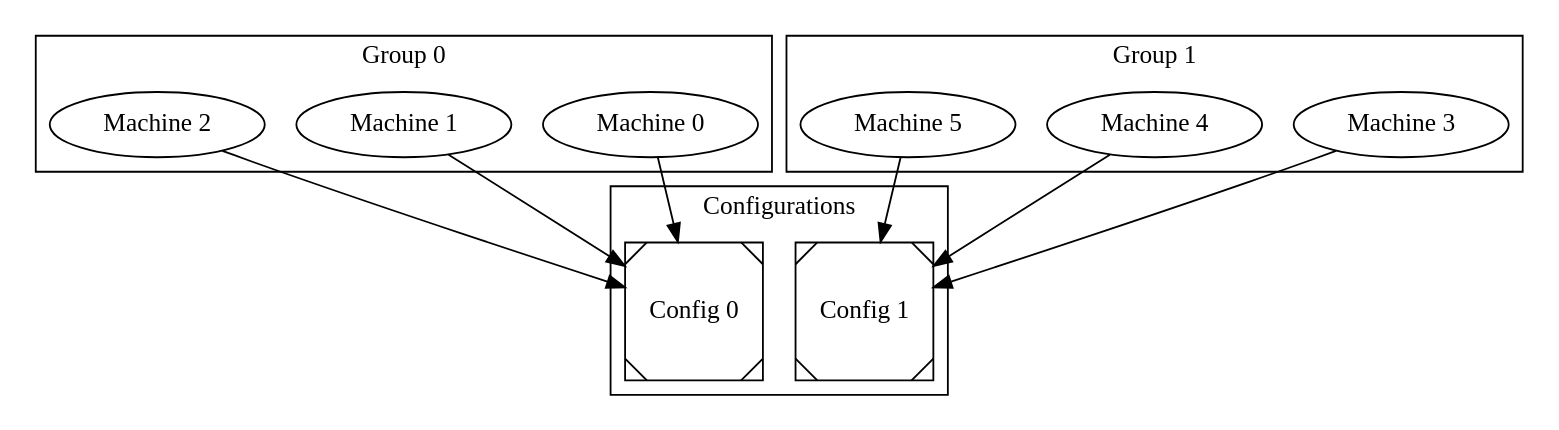
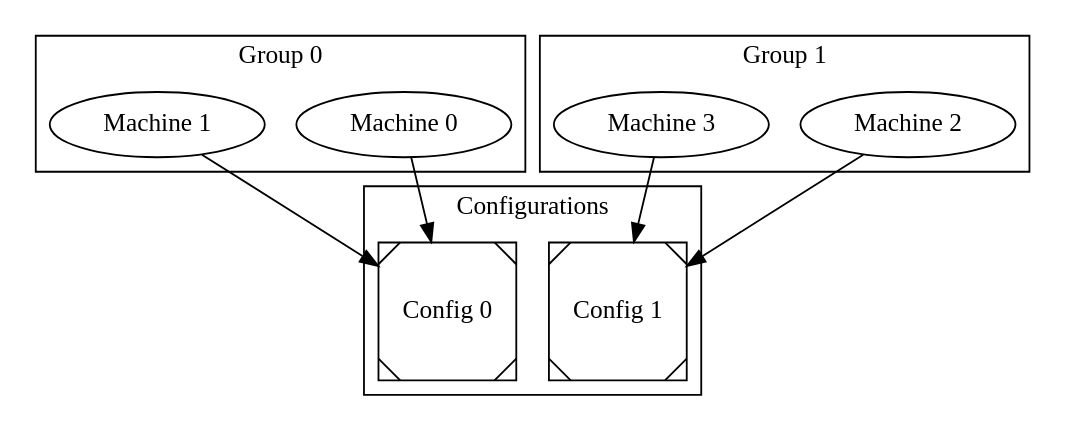
Before and after one commit to istu-cs/boot-report: the diagram in groups.dot, drawn with Graphviz. The commit also changed 1 other file, not shown here.

```diff
--- a/groups.dot
+++ b/groups.dot
@@ -1,30 +1,26 @@
 digraph groups
 {
     subgraph cluster_configs
     {
         label="Configurations";
         node[shape=Msquare];
         config0[label="Config 0"];
         config1[label="Config 1"];
     }
     subgraph cluster_group0
     {
         label="Group 0";
         machine0[label="Machine 0"];
         machine1[label="Machine 1"];
-        machine2[label="Machine 2"];
         machine0->config0;
         machine1->config0;
-        machine2->config0;
     }
     subgraph cluster_group1
     {
         label="Group 1";
+        machine2[label="Machine 2"];
         machine3[label="Machine 3"];
-        machine4[label="Machine 4"];
-        machine5[label="Machine 5"];
+        machine2->config1;
         machine3->config1;
-        machine4->config1;
-        machine5->config1;
     }
 }
```
